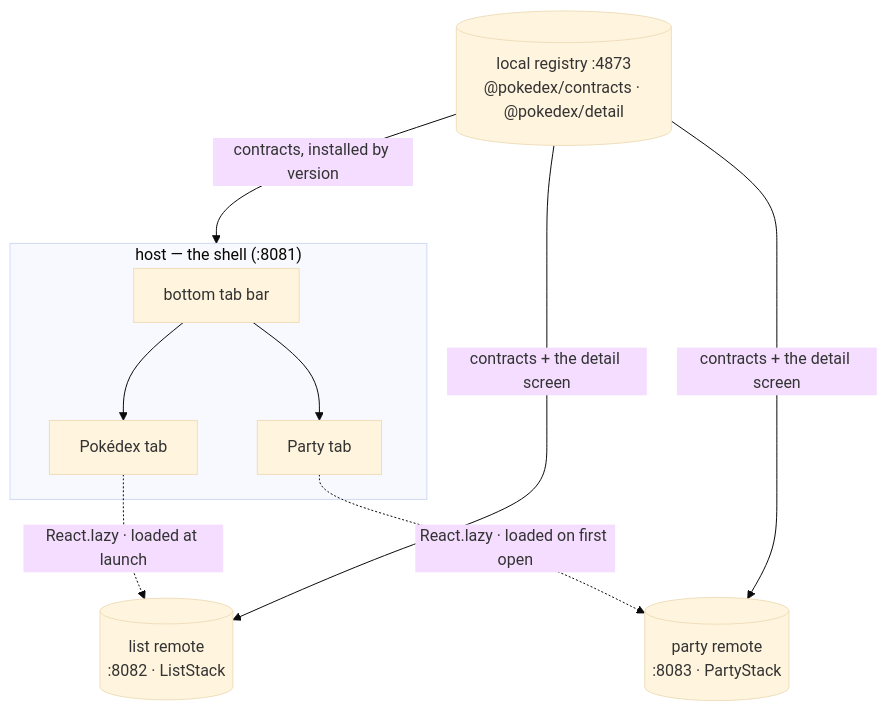
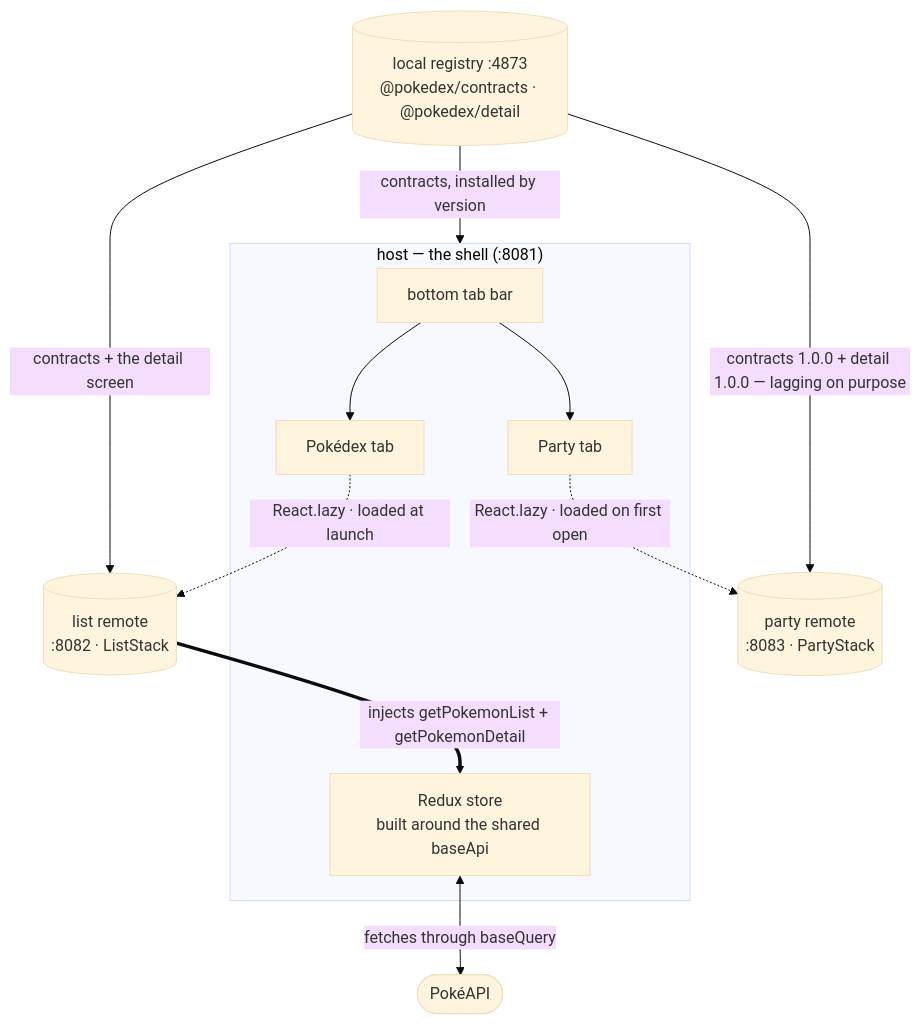
The diagram in README.md (warrendeleon/react-native-module-federation), drawn with Mermaid (base theme) before and after one commit. The commit also changed other lines of this file and 23 other files, not shown here.

````diff
--- a/README.md
+++ b/README.md
@@ -80,18 +81,22 @@
 ```mermaid
 flowchart TD
     registry[("local registry :4873<br/>@pokedex/contracts · @pokedex/detail")]
+    pokeapi(["PokéAPI"])
     subgraph host["host — the shell (:8081)"]
         tabs["bottom tab bar"]
+        store["Redux store<br/>built around the shared baseApi"]
         t1["Pokédex tab"]
         t2["Party tab"]
         tabs --> t1
         tabs --> t2
     end
     list[("list remote<br/>:8082 · ListStack")]
     party[("party remote<br/>:8083 · PartyStack")]
     t1 -.->|"React.lazy · loaded at launch"| list
     t2 -.->|"React.lazy · loaded on first open"| party
+    list ==>|"injects getPokemonList + getPokemonDetail"| store
+    store <-->|"fetches through baseQuery"| pokeapi
     registry -->|"contracts, installed by version"| host
     registry -->|"contracts + the detail screen"| list
-    registry -->|"contracts + the detail screen"| party
+    registry -->|"contracts 1.0.0 + detail 1.0.0 — lagging on purpose"| party
 ```
````
